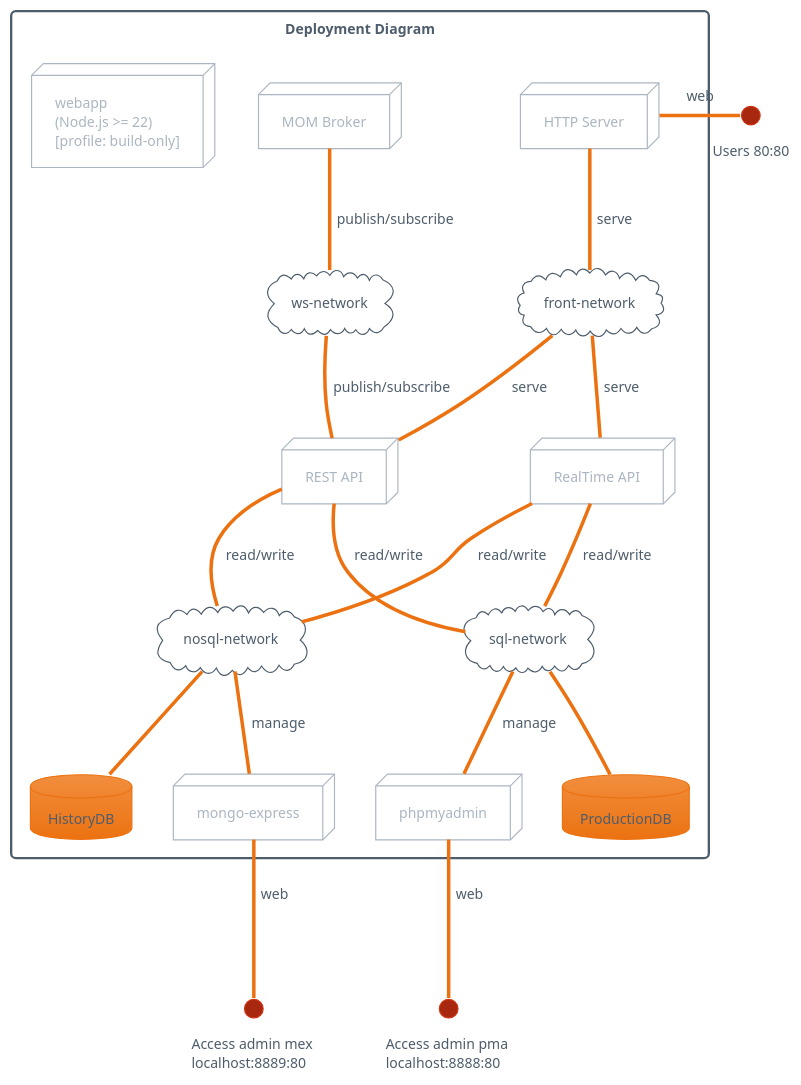
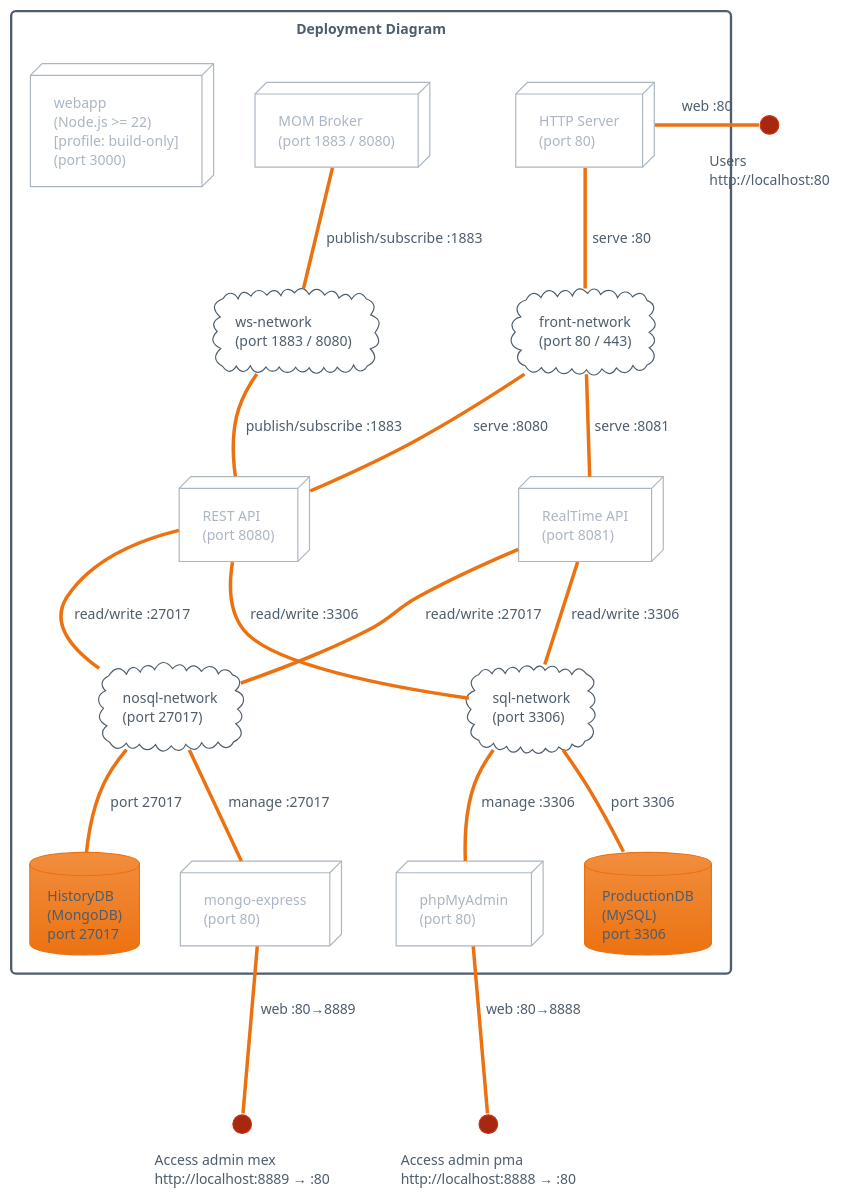
One commit to tatannjs/LogisticoTrain changed the diagram in deployement.pu. Above: the diagram before and after it, drawn with PlantUML. The commit also changed 3 other files, not shown here.

Commit message:
[FIX] Rest API connection with database

```diff
--- a/deployement.pu
+++ b/deployement.pu
@@ -1,44 +1,53 @@
 @startuml deployement
 !theme aws-orange
 
 rectangle "Deployment Diagram" {
-    database "ProductionDB" as sqldatabase
-    database "HistoryDB" as nosqldatabase
-    cloud "sql-network" as sqlnet
-    cloud "nosql-network" as nosqlnet
-    cloud "ws-network" as wsnet
-    cloud "front-network" as frontnet
-    node "MOM Broker" as broker
-    node "HTTP Server" as front
-    node "webapp\n(Node.js >= 22)\n[profile: build-only]" as webappbuild
-    node "phpmyadmin" as pma
-    node "mongo-express" as mex
-    node "REST API" as restapi
-    node "RealTime API" as wsapi
+    database "ProductionDB\n(MySQL)\nport 3306" as sqldatabase
+    database "HistoryDB\n(MongoDB)\nport 27017" as nosqldatabase
+
+    cloud "sql-network\n(port 3306)" as sqlnet
+    cloud "nosql-network\n(port 27017)" as nosqlnet
+    cloud "ws-network\n(port 1883 / 8080)" as wsnet
+    cloud "front-network\n(port 80 / 443)" as frontnet
+
+    node "MOM Broker\n(port 1883 / 8080)" as broker 
+    node "HTTP Server\n(port 80)" as front
+    node "webapp\n(Node.js >= 22)\n[profile: build-only]\n(port 3000)" as webappbuild
+    node "phpMyAdmin\n(port 80)" as pma
+    node "mongo-express\n(port 80)" as mex
+    node "REST API\n(port 8080)" as restapi
+    node "RealTime API\n(port 8081)" as wsapi
 }
-circle "Users 80:80" as users
-circle "Access admin pma \nlocalhost:8888:80" as accesspma
-circle "Access admin mex \nlocalhost:8889:80" as accessmex
 
-front -down- frontnet : serve
-frontnet -down- wsapi : serve
-frontnet -down- restapi : serve
+circle "Users\nhttp://localhost:80" as users
+circle "Access admin pma\nhttp://localhost:8888 → :80" as accesspma
+circle "Access admin mex\nhttp://localhost:8889 → :80" as accessmex
 
-sqlnet -down- sqldatabase
-nosqlnet -down- nosqldatabase
-wsapi -down- sqlnet : read/write
-wsapi -down- nosqlnet : read/write
-restapi -down- sqlnet : read/write
-restapi -down- nosqlnet : read/write
+' --- Frontend connections ---
+front -down- frontnet : serve :80
+frontnet -down- wsapi : serve :8081
+frontnet -down- restapi : serve :8080
 
-restapi -up- wsnet : publish/subscribe
-wsnet -up- broker : publish/subscribe
+' --- Databases ---
+sqlnet -down- sqldatabase : port 3306
+nosqlnet -down- nosqldatabase : port 27017
 
-pma -up- sqlnet : manage
-mex -up- nosqlnet : manage
+' --- APIs access databases ---
+wsapi -down- sqlnet : read/write :3306
+wsapi -down- nosqlnet : read/write :27017
+restapi -down- sqlnet : read/write :3306
+restapi -down- nosqlnet : read/write :27017
 
-pma -down- accesspma : web
-mex -down- accessmex : web
-front -right- users : web
+' --- Messaging ---
+restapi -up- wsnet : publish/subscribe :1883
+wsnet -up- broker : publish/subscribe :1883
+
+' --- Admin tools ---
+pma -up- sqlnet : manage :3306
+mex -up- nosqlnet : manage :27017
+
+pma -down- accesspma : web :80→8888
+mex -down- accessmex : web :80→8889
+front -right- users : web :80
 
 @enduml
```
